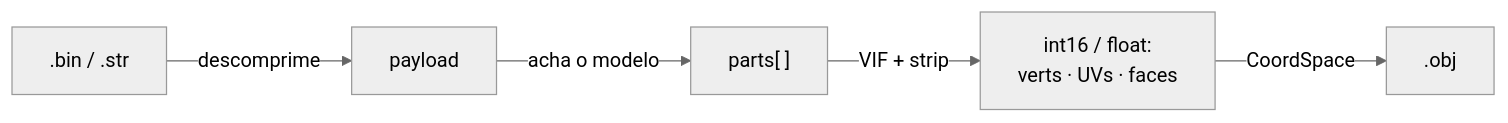
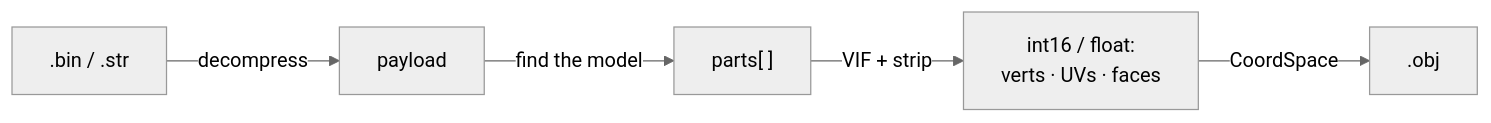
One commit to FVitor7/wepes3d changed the second of 3 diagrams in README.md. Above: the diagram before and after it, drawn with Mermaid (neutral theme). The commit also changed other lines of this file and 30 other files, not shown here.

````diff
--- a/README.md
+++ b/README.md
@@ -84,7 +141,7 @@
 ```mermaid
 flowchart LR
-    A[".bin / .str"] -->|"descomprime"| B["payload"]
-    B -->|"acha o modelo"| C["parts[ ]"]
+    A[".bin / .str"] -->|"decompress"| B["payload"]
+    B -->|"find the model"| C["parts[ ]"]
     C -->|"VIF + strip"| D["int16 / float:<br/>verts · UVs · faces"]
     D -->|"CoordSpace"| E[".obj"]
 ```
````
